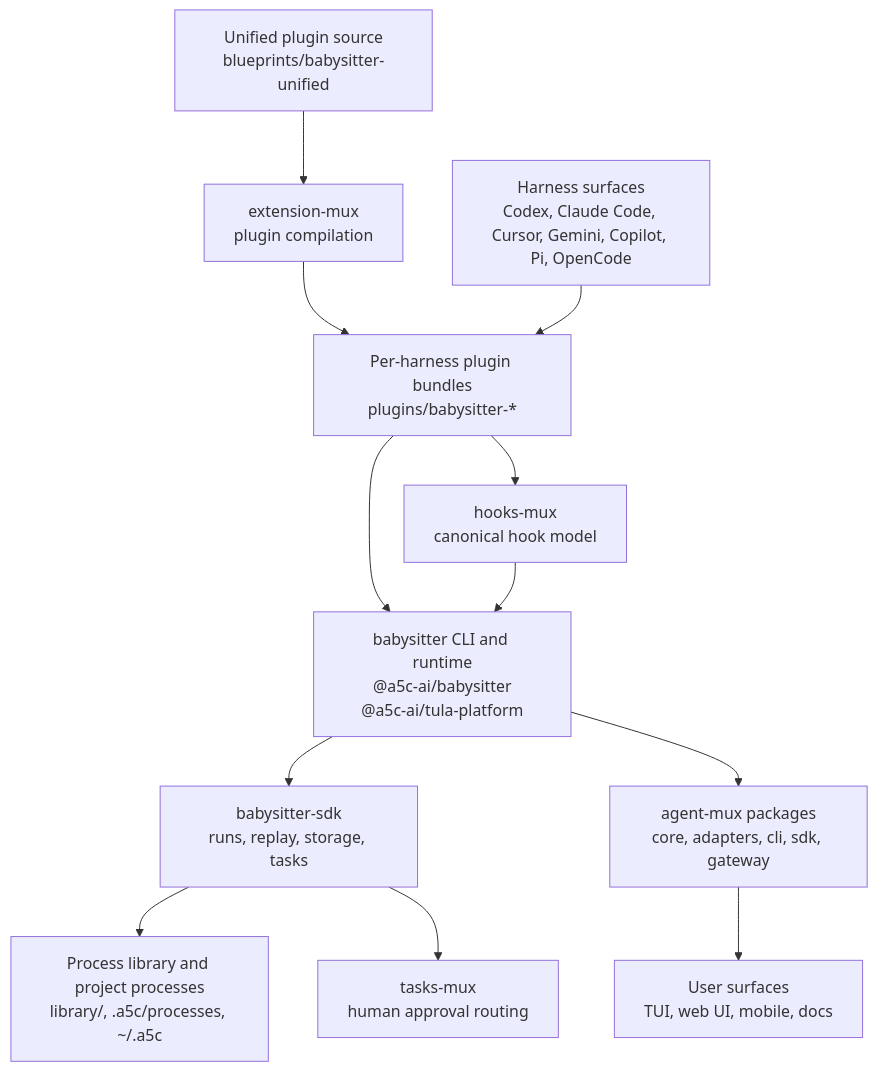
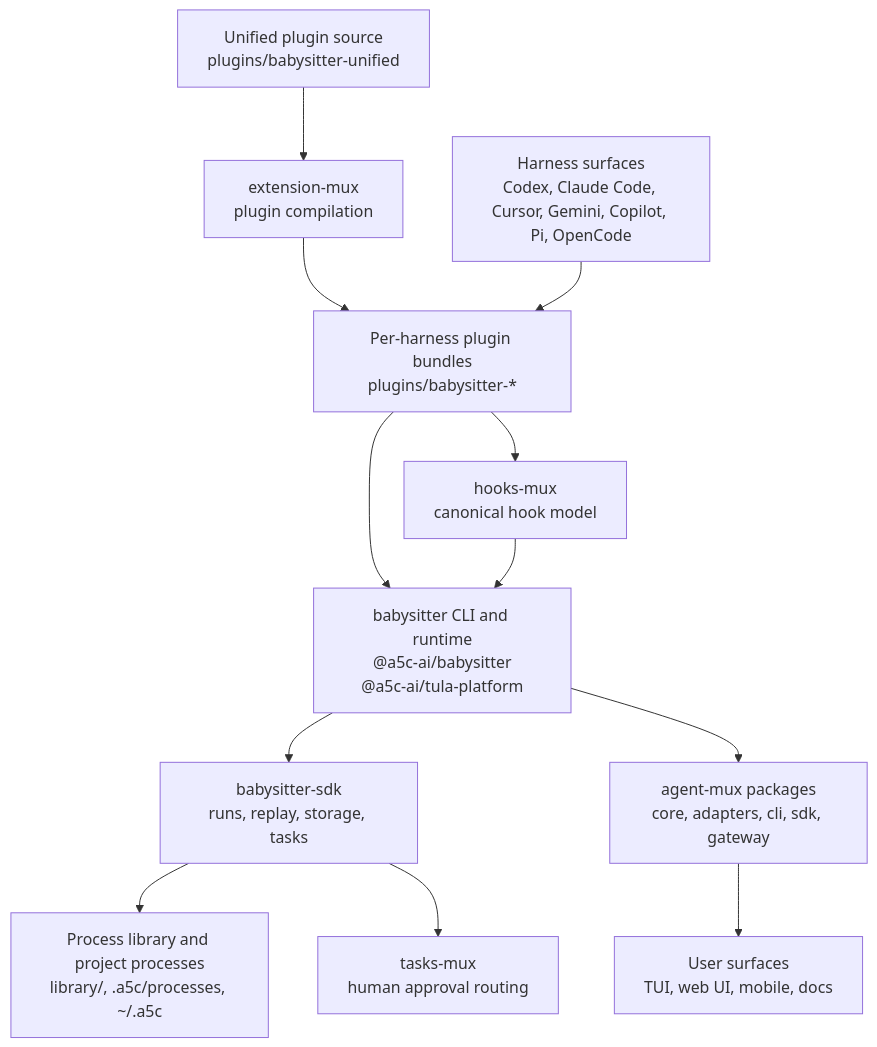
The diagram in docs/v6-spec-and-roadmap/unified-stack-architecture.md (danielkman/babysitter), drawn with Mermaid before and after one commit. The commit also changed other lines of this file and 625 other files, not shown here.

````diff
--- a/docs/v6-spec-and-roadmap/unified-stack-architecture.md
+++ b/docs/v6-spec-and-roadmap/unified-stack-architecture.md
@@ -23,26 +23,26 @@
 ```mermaid
 flowchart TD
   H[Harness surfaces<br/>Codex, Claude Code, Cursor, Gemini, Copilot, Pi, OpenCode]
-  U[Unified plugin source<br/>blueprints/babysitter-unified]
+  U[Unified plugin source<br/>plugins/babysitter-unified]
   P[Per-harness plugin bundles<br/>plugins/babysitter-*]
   HM[hooks-mux<br/>canonical hook model]
   CLI[babysitter CLI and runtime<br/>@a5c-ai/babysitter<br/>@a5c-ai/tula-platform]
   SDK[babysitter-sdk<br/>runs, replay, storage, tasks]
   LIB[Process library and project processes<br/>library/, .a5c/processes, ~/.a5c]
   BP[tasks-mux<br/>human approval routing]
   APM[extension-mux<br/>plugin compilation]
   AMUX[agent-mux packages<br/>core, adapters, cli, sdk, gateway]
   UI[User surfaces<br/>TUI, web UI, mobile, docs]
 
   U --> APM
   APM --> P
   H --> P
   P --> HM
   P --> CLI
   HM --> CLI
   CLI --> SDK
   SDK --> LIB
   SDK --> BP
   CLI --> AMUX
   AMUX --> UI
 ```
````
